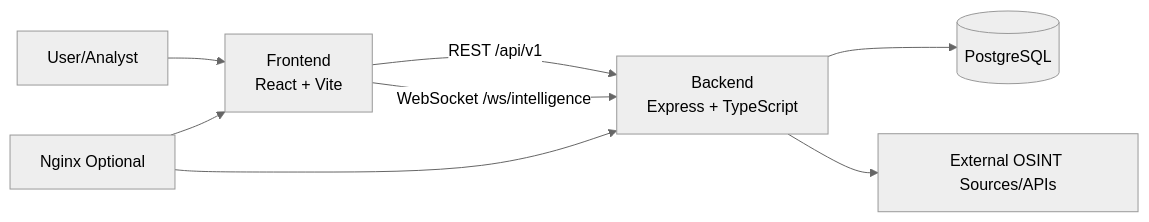
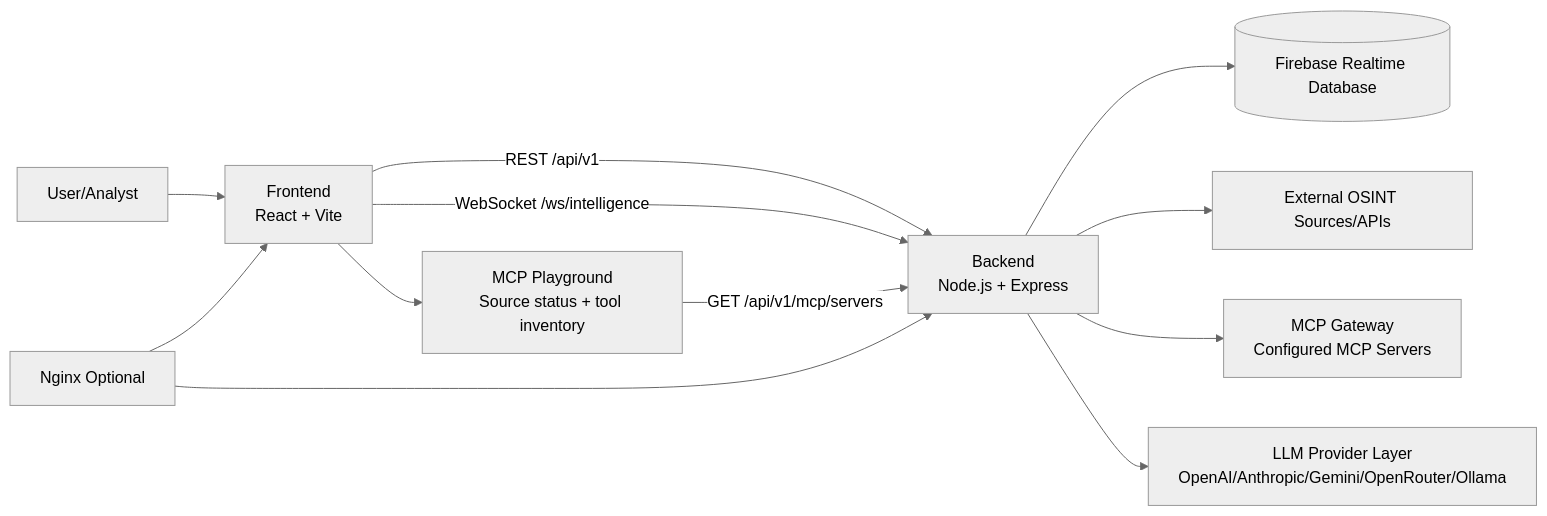
One commit to mr-simab/ReconVault changed the first of 6 diagrams in docs/BLUEPRINT.md. Above: the diagram before and after it, drawn with Mermaid (neutral theme). The commit also changed other lines of this file and 75 other files, not shown here.

````diff
--- a/docs/BLUEPRINT.md
+++ b/docs/BLUEPRINT.md
@@ -5,10 +5,14 @@
 ```mermaid
 flowchart LR
     U[User/Analyst] --> FE[Frontend<br/>React + Vite]
-    FE -->|REST /api/v1| BE[Backend<br/>Express + TypeScript]
+    FE -->|REST /api/v1| BE[Backend<br/>Node.js + Express]
     FE -->|WebSocket /ws/intelligence| BE
-    BE --> DB[(PostgreSQL)]
+    FE --> MPG[MCP Playground<br/>Source status + tool inventory]
+    MPG -->|GET /api/v1/mcp/servers| BE
+    BE --> DB[(Firebase Realtime Database)]
     BE --> EXT[External OSINT Sources/APIs]
+    BE --> MCP[MCP Gateway<br/>Configured MCP Servers]
+    BE --> LLM[LLM Provider Layer<br/>OpenAI/Anthropic/Gemini/OpenRouter/Ollama]
     NGINX[Nginx Optional] --> FE
     NGINX --> BE
 ```
````
